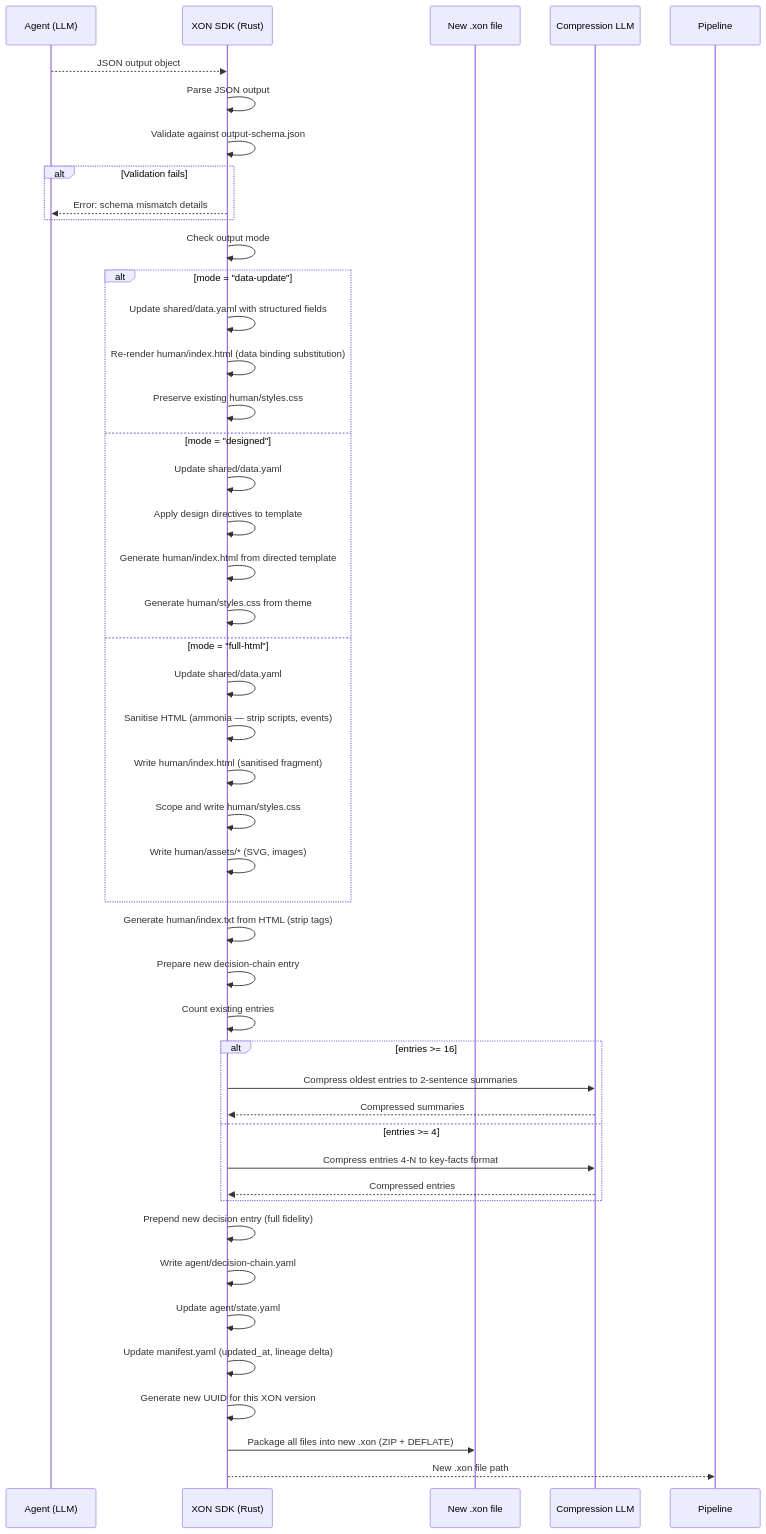
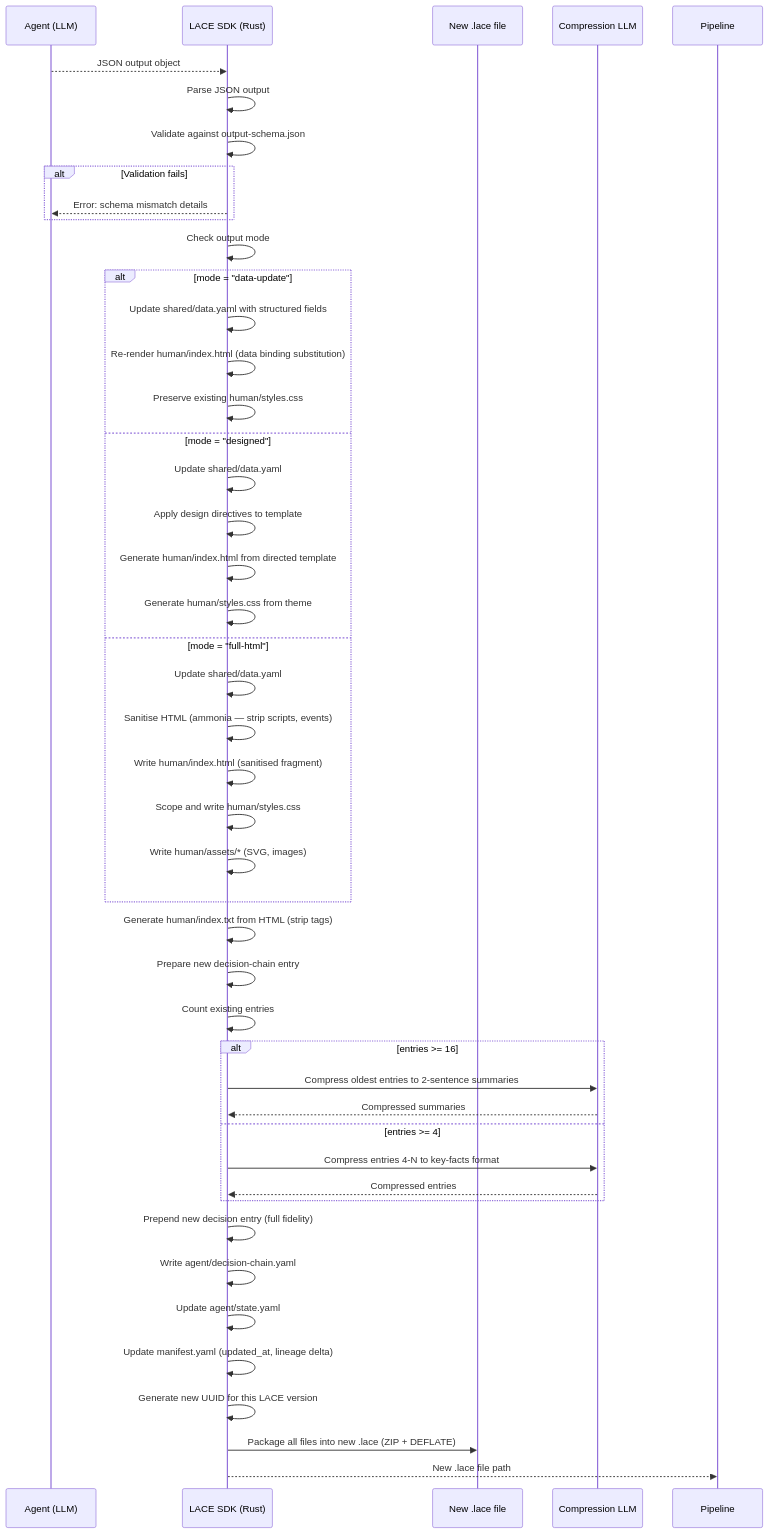
Before and after one commit to batunii/napkin-os: the third of 8 diagrams in SEQUENCE-DIAGRAMS.md, drawn with Mermaid. The commit also changed other lines of this file and 7 other files, not shown here.

First line of the commit message:
Rename XON → LACE throughout

````diff
--- a/SEQUENCE-DIAGRAMS.md
+++ b/SEQUENCE-DIAGRAMS.md
@@ -113,60 +113,60 @@
 ```mermaid
 sequenceDiagram
     participant Agent as Agent (LLM)
-    participant SDK as XON SDK (Rust)
-    participant XON as New .xon file
+    participant SDK as LACE SDK (Rust)
+    participant LACE as New .lace file
     participant LLM as Compression LLM
 
     Agent-->>SDK: JSON output object
 
     SDK->>SDK: Parse JSON output
     SDK->>SDK: Validate against output-schema.json
     alt Validation fails
         SDK-->>Agent: Error: schema mismatch details
     end
 
     SDK->>SDK: Check output mode
 
     alt mode = "data-update"
         SDK->>SDK: Update shared/data.yaml with structured fields
         SDK->>SDK: Re-render human/index.html (data binding substitution)
         SDK->>SDK: Preserve existing human/styles.css
 
     else mode = "designed"
         SDK->>SDK: Update shared/data.yaml
         SDK->>SDK: Apply design directives to template
         SDK->>SDK: Generate human/index.html from directed template
         SDK->>SDK: Generate human/styles.css from theme
 
     else mode = "full-html"
         SDK->>SDK: Update shared/data.yaml
         SDK->>SDK: Sanitise HTML (ammonia — strip scripts, events)
         SDK->>SDK: Write human/index.html (sanitised fragment)
         SDK->>SDK: Scope and write human/styles.css
         SDK->>SDK: Write human/assets/* (SVG, images)
     end
 
     SDK->>SDK: Generate human/index.txt from HTML (strip tags)
 
     SDK->>SDK: Prepare new decision-chain entry
     SDK->>SDK: Count existing entries
 
     alt entries >= 16
         SDK->>LLM: Compress oldest entries to 2-sentence summaries
         LLM-->>SDK: Compressed summaries
     else entries >= 4
         SDK->>LLM: Compress entries 4-N to key-facts format
         LLM-->>SDK: Compressed entries
     end
 
     SDK->>SDK: Prepend new decision entry (full fidelity)
     SDK->>SDK: Write agent/decision-chain.yaml
 
     SDK->>SDK: Update agent/state.yaml
     SDK->>SDK: Update manifest.yaml (updated_at, lineage delta)
-    SDK->>SDK: Generate new UUID for this XON version
+    SDK->>SDK: Generate new UUID for this LACE version
 
-    SDK->>XON: Package all files into new .xon (ZIP + DEFLATE)
+    SDK->>LACE: Package all files into new .lace (ZIP + DEFLATE)
 
-    SDK-->>Pipeline: New .xon file path
+    SDK-->>Pipeline: New .lace file path
 ```
````
